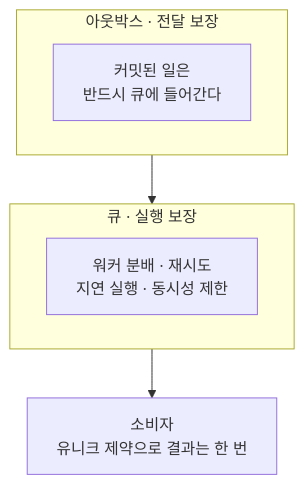
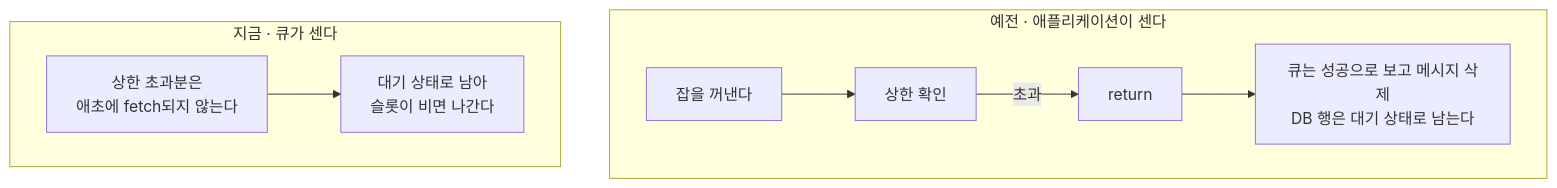
One commit to dydals3440/YOLOG changed the sixth of 10 diagrams in src/content/post/blog/transactional-outbox.mdx. Above: the diagram before and after it, drawn with Mermaid. The commit also changed other lines of this file, not shown here.

First line of the commit message:
docs: 트랜잭션 아웃박스 글을 현재 구현에 맞게 다시 쓴다

````diff
--- a/src/content/post/blog/transactional-outbox.mdx
+++ b/src/content/post/blog/transactional-outbox.mdx
@@ -377,11 +485,11 @@
 ```mermaid
 flowchart TB
-    subgraph L1["아웃박스 · 전달 보장"]
-        A["커밋된 일은<br/>반드시 큐에 들어간다"]
+    subgraph B["예전 · 애플리케이션이 센다"]
+        B1["잡을 꺼낸다"] --> B2["상한 확인"]
+        B2 -->|"초과"| B3["return"]
+        B3 --> B4["큐는 성공으로 보고 메시지 삭제<br/>DB 행은 대기 상태로 남는다"]
     end
-    subgraph L2["큐 · 실행 보장"]
-        B["워커 분배 · 재시도<br/>지연 실행 · 동시성 제한"]
+    subgraph A["지금 · 큐가 센다"]
+        A1["상한 초과분은<br/>애초에 fetch되지 않는다"] --> A2["대기 상태로 남아<br/>슬롯이 비면 나간다"]
     end
-    L1 --> L2
-    L2 --> C["소비자<br/>유니크 제약으로 결과는 한 번"]
 ```
````
